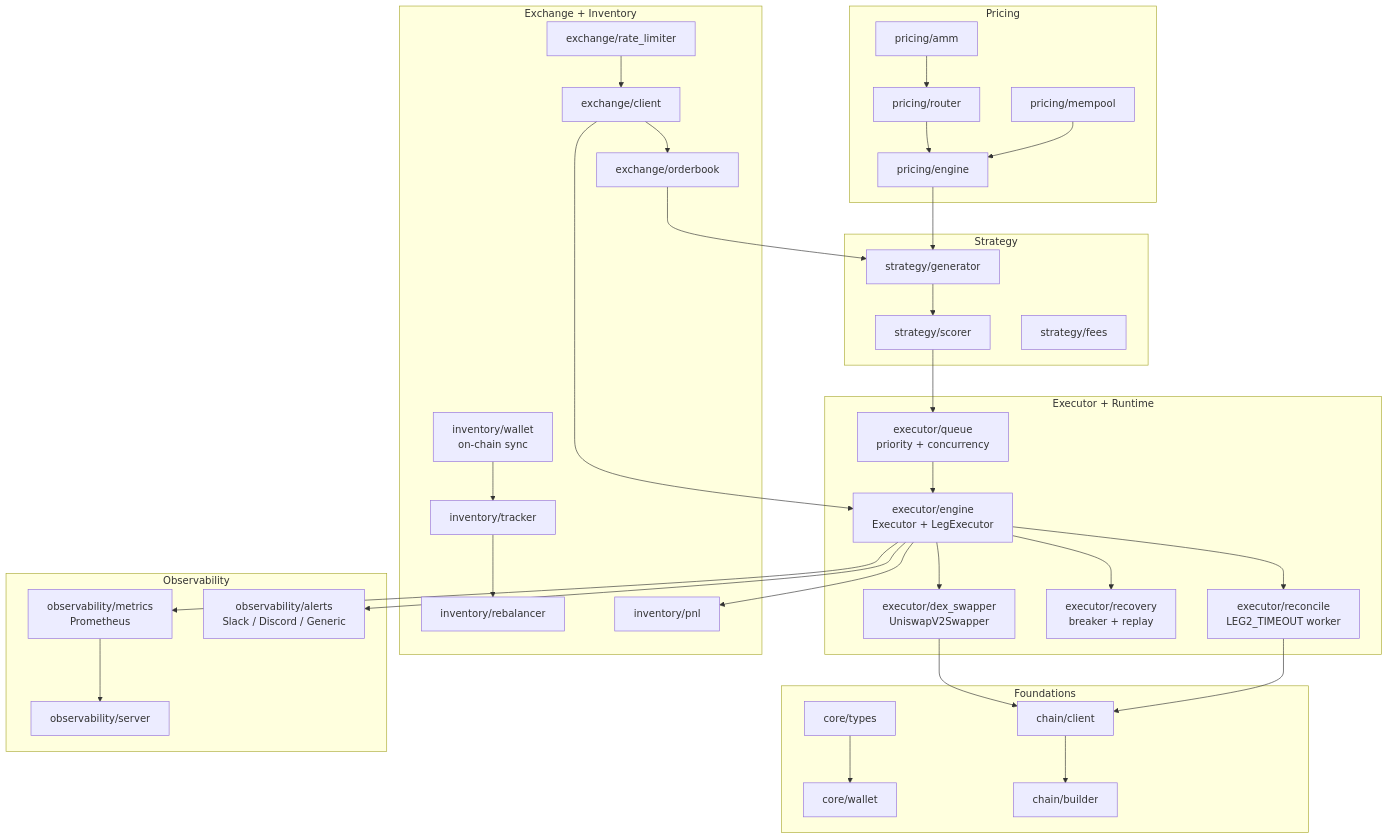
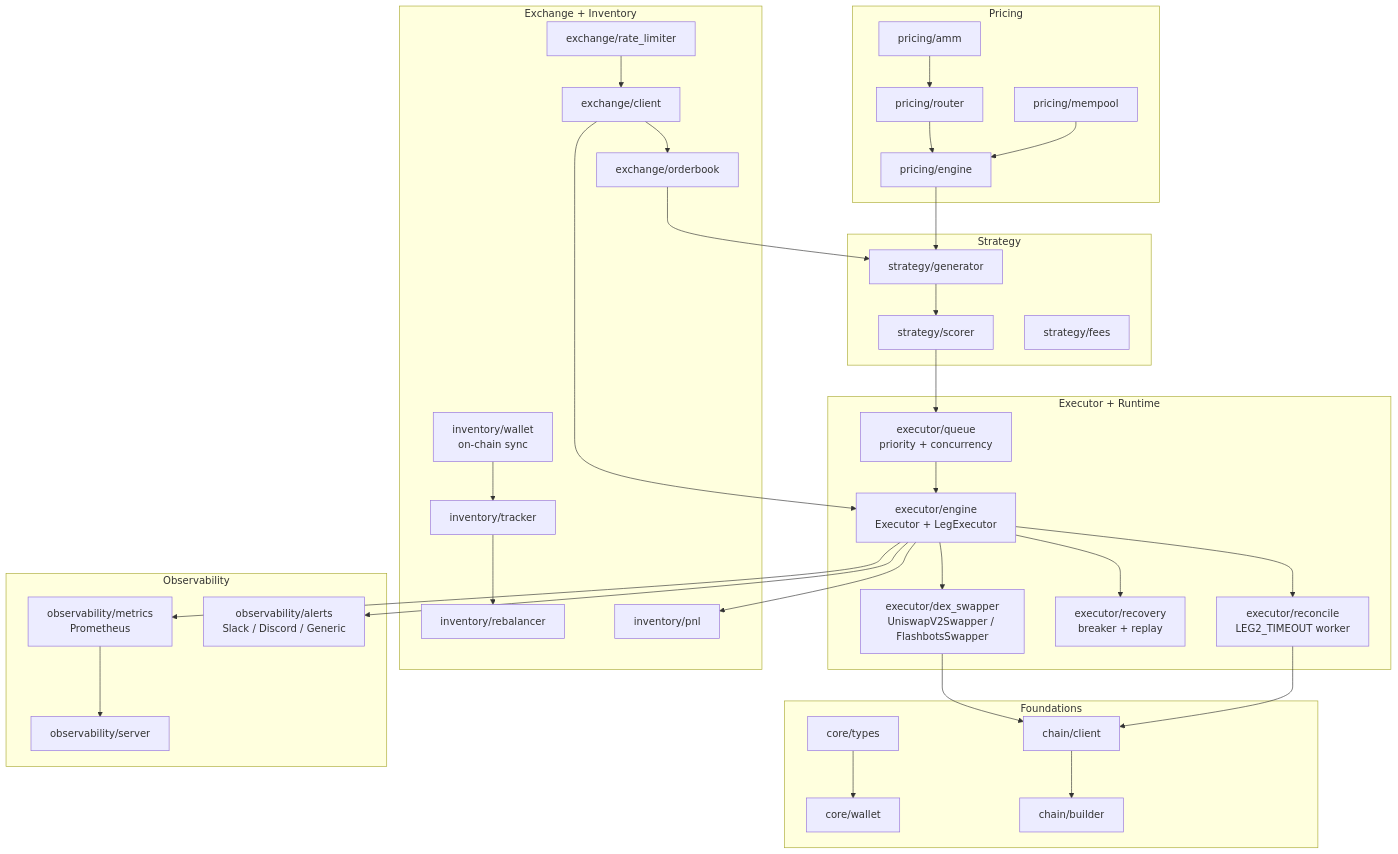
Before and after one commit to Gravelino/peanut_internship: the first of 2 diagrams in README.md, drawn with Mermaid. The commit also changed other lines of this file, not shown here.

````diff
--- a/README.md
+++ b/README.md
@@ -106,48 +134,48 @@
 ```mermaid
 flowchart TB
     subgraph Foundations
         A[core/types] --> B[core/wallet]
         C[chain/client] --> D[chain/builder]
     end
 
     subgraph Pricing
         E[pricing/amm] --> F[pricing/router]
         F --> G[pricing/engine]
         H[pricing/mempool] --> G
     end
 
     subgraph Exchange_Inventory [Exchange + Inventory]
         K[exchange/client] --> M[exchange/orderbook]
         N[exchange/rate_limiter] --> K
         O[inventory/tracker] --> P[inventory/rebalancer]
         Q[inventory/pnl]
         W[inventory/wallet<br/>on-chain sync] --> O
     end
 
     subgraph Strategy
         S1[strategy/generator] --> S2[strategy/scorer]
         S3[strategy/fees]
     end
 
     subgraph Executor_Runtime [Executor + Runtime]
         X1[executor/queue<br/>priority + concurrency] --> X2[executor/engine<br/>Executor + LegExecutor]
-        X2 --> X3[executor/dex_swapper<br/>UniswapV2Swapper]
+        X2 --> X3[executor/dex_swapper<br/>UniswapV2Swapper / FlashbotsSwapper]
         X2 --> X4[executor/recovery<br/>breaker + replay]
         X2 --> X5[executor/reconcile<br/>LEG2_TIMEOUT worker]
     end
 
     subgraph Observability
         Y1[observability/metrics<br/>Prometheus] --> Y3[observability/server]
         Y2[observability/alerts<br/>Slack / Discord / Generic]
     end
 
     G --> S1
     M --> S1
     S2 --> X1
     K --> X2
     X3 --> C
     X5 --> C
     X2 --> Q
     X2 --> Y1
     X2 --> Y2
 ```
````
